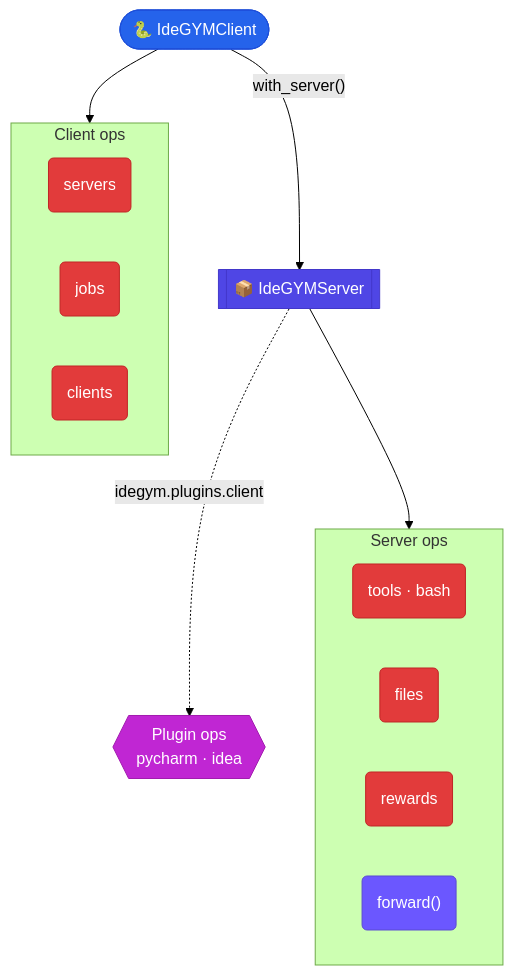
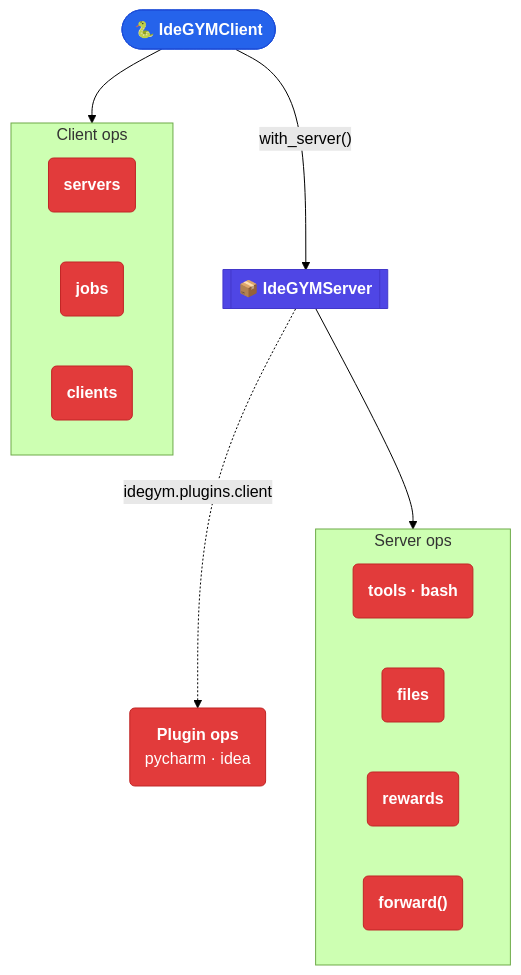
One commit to JetBrains-Research/idegym changed the diagram in website/docs/architecture/client.md. Above: the diagram before and after it, drawn with Mermaid (forest theme). The commit also changed 10 other files, not shown here.

First line of the commit message:
[JBRes-9938] diagrams: unify colors/shapes, bold titles, real tooltips, legend

````diff
--- a/website/docs/architecture/client.md
+++ b/website/docs/architecture/client.md
@@ -15,39 +15,37 @@
 ```mermaid
 flowchart TB
-    client(["🐍 IdeGYMClient"]):::client
-    server[["📦 IdeGYMServer"]]:::pod
+    client(["<b>🐍 IdeGYMClient</b>"]):::client
+    server[["<b>📦 IdeGYMServer</b>"]]:::pod
     client -->|"with_server()"| server
 
     subgraph cops["Client ops"]
-        servers_op("servers"):::tool
-        jobs_op("jobs"):::tool
-        clients_op("clients"):::tool
+        servers_op("<b>servers</b>"):::tool
+        jobs_op("<b>jobs</b>"):::tool
+        clients_op("<b>clients</b>"):::tool
     end
 
     subgraph sops["Server ops"]
-        tools_op("tools · bash"):::tool
-        files_op("files"):::tool
-        rewards_op("rewards"):::tool
-        fwd("forward()"):::ctrl
+        tools_op("<b>tools · bash</b>"):::tool
+        files_op("<b>files</b>"):::tool
+        rewards_op("<b>rewards</b>"):::tool
+        fwd("<b>forward()</b>"):::tool
     end
 
-    plugin_ops{{"Plugin ops<br/>pycharm · idea"}}:::build
+    plugin_ops("<b>Plugin ops</b><br/>pycharm · idea"):::tool
 
     client --> cops
     server --> sops
     server -.->|"idegym.plugins.client"| plugin_ops
 
-    click client "https://github.com/JetBrains-Research/idegym/blob/main/client/src/idegym/client/client.py" "IdeGYMClient source"
-    click server "https://github.com/JetBrains-Research/idegym/blob/main/client/src/idegym/client/server.py" "IdeGYMServer source"
-    click fwd "https://github.com/JetBrains-Research/idegym/blob/main/client/src/idegym/client/operations/forwarding.py" "forwarding source"
-    click servers_op "https://github.com/JetBrains-Research/idegym/blob/main/client/src/idegym/client/operations/servers.py" "servers ops source"
-    click jobs_op "https://github.com/JetBrains-Research/idegym/blob/main/client/src/idegym/client/operations/jobs.py" "jobs ops source"
-    click tools_op "https://github.com/JetBrains-Research/idegym/blob/main/client/src/idegym/client/operations/tools.py" "tools ops source"
-    click rewards_op "https://github.com/JetBrains-Research/idegym/blob/main/client/src/idegym/client/operations/rewards.py" "rewards ops source"
+    click client "https://github.com/JetBrains-Research/idegym/blob/main/client/src/idegym/client/client.py" "View the IdeGYMClient source on GitHub."
+    click server "https://github.com/JetBrains-Research/idegym/blob/main/client/src/idegym/client/server.py" "View the IdeGYMServer source on GitHub."
+    click fwd "https://github.com/JetBrains-Research/idegym/blob/main/client/src/idegym/client/operations/forwarding.py" "View the request-forwarding operations on GitHub."
+    click servers_op "https://github.com/JetBrains-Research/idegym/blob/main/client/src/idegym/client/operations/servers.py" "View the server-lifecycle operations on GitHub."
+    click jobs_op "https://github.com/JetBrains-Research/idegym/blob/main/client/src/idegym/client/operations/jobs.py" "View the image-build operations on GitHub."
+    click tools_op "https://github.com/JetBrains-Research/idegym/blob/main/client/src/idegym/client/operations/tools.py" "View the tool operations on GitHub."
+    click rewards_op "https://github.com/JetBrains-Research/idegym/blob/main/client/src/idegym/client/operations/rewards.py" "View the reward operations on GitHub."
 
     classDef client fill:#2563eb,stroke:#1d4ed8,color:#fff;
     classDef pod fill:#4f46e5,stroke:#4338ca,color:#fff;
     classDef tool fill:#e23b3b,stroke:#c02626,color:#fff;
-    classDef ctrl fill:#6b57ff,stroke:#5b4bd2,color:#fff;
-    classDef build fill:#c026d3,stroke:#a21caf,color:#fff;
 ```
````
